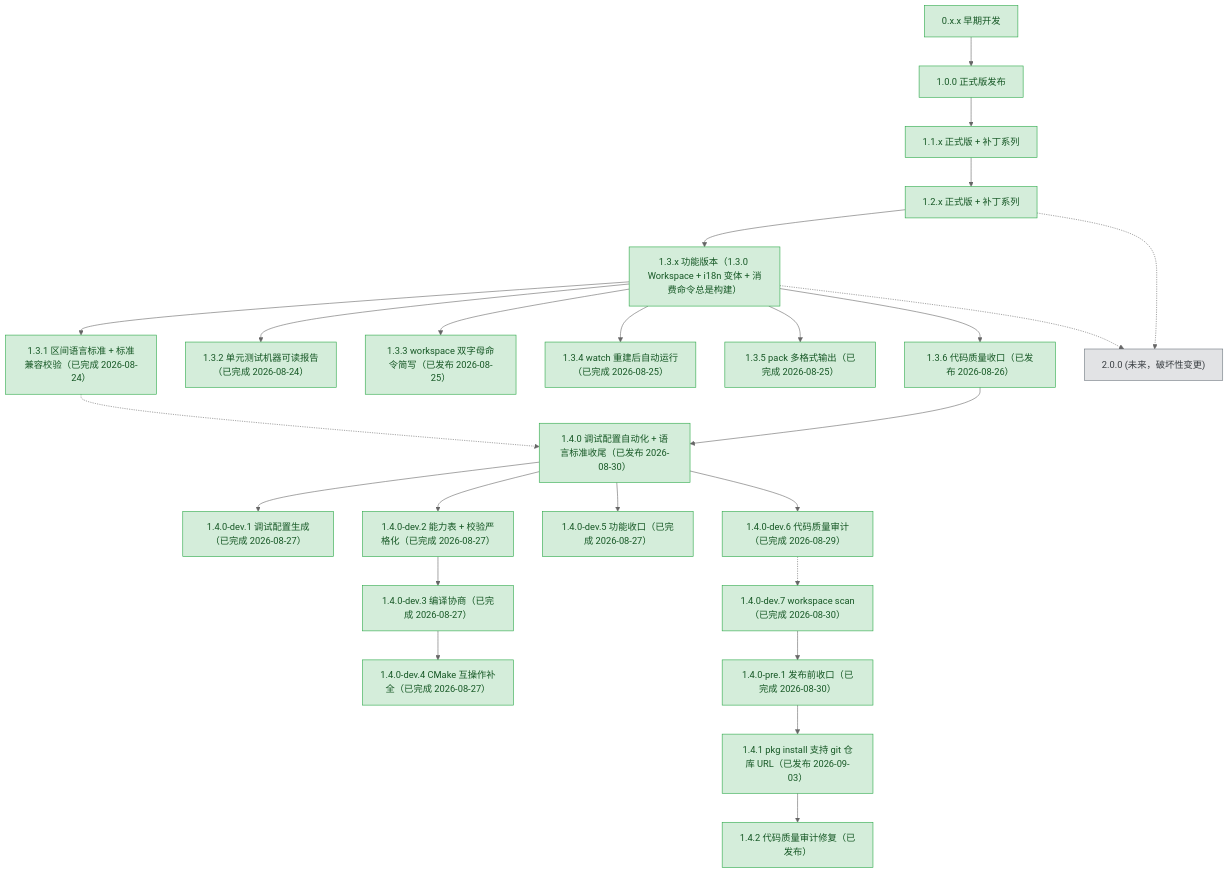
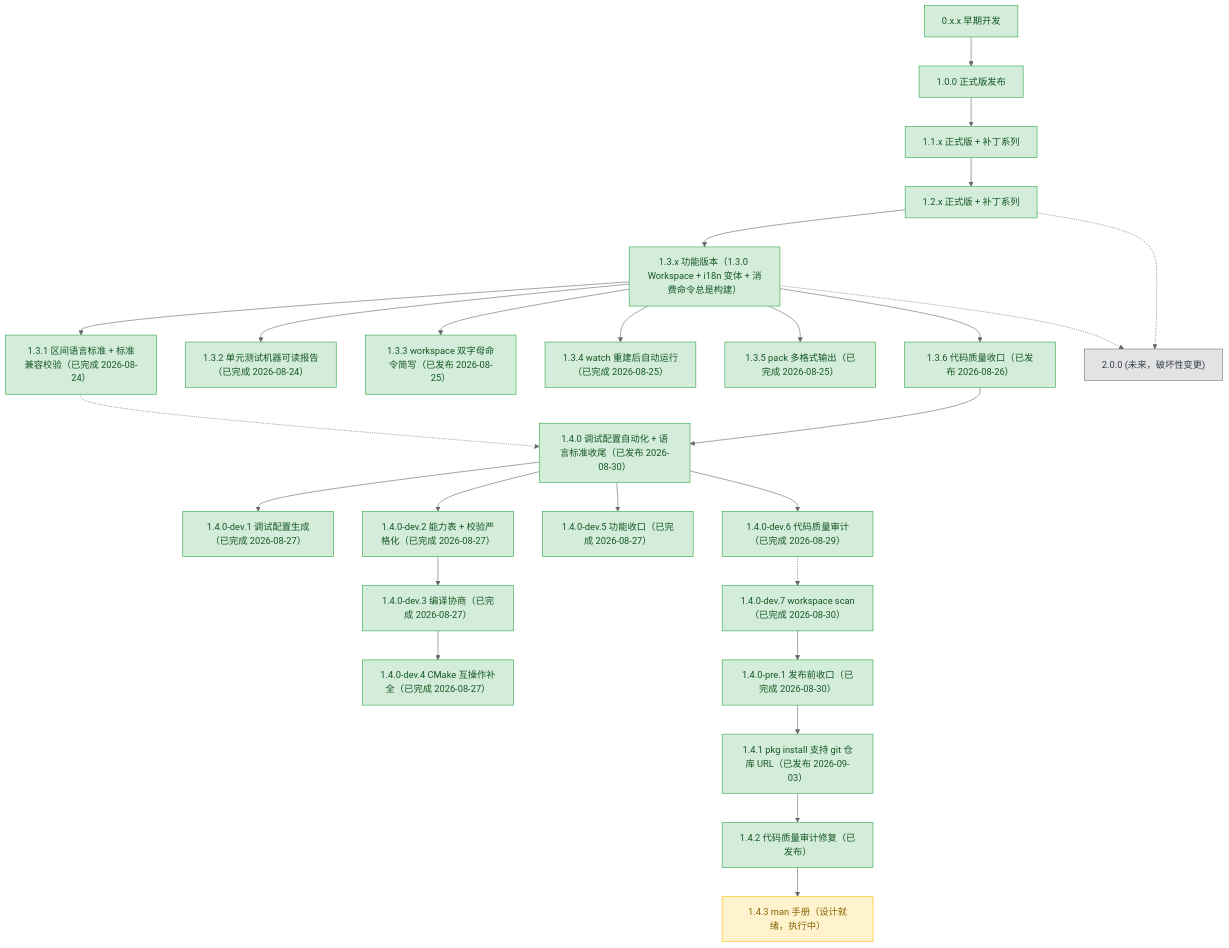
The diagram in plans/README.md (3667808244/EazyMake), drawn with Mermaid (neutral theme) before and after one commit. The commit also changed other lines of this file and 3 other files, not shown here.

````diff
--- a/plans/README.md
+++ b/plans/README.md
@@ -68,78 +70,81 @@
 ```mermaid
 graph TD
     v0xx["0.x.x 早期开发"]
     v100["1.0.0 正式版发布"]
     v11x["1.1.x 正式版 + 补丁系列"]
     v12x["1.2.x 正式版 + 补丁系列"]
     v13x["1.3.x 功能版本（1.3.0 Workspace + i18n 变体 + 消费命令总是构建）"]
     v131["1.3.1 区间语言标准 + 标准兼容校验（已完成 2026-08-24）"]
     v132["1.3.2 单元测试机器可读报告（已完成 2026-08-24）"]
     v133["1.3.3 workspace 双字母命令简写（已发布 2026-08-25）"]
     v134["1.3.4 watch 重建后自动运行（已完成 2026-08-25）"]
     v135["1.3.5 pack 多格式输出（已完成 2026-08-25）"]
     v136["1.3.6 代码质量收口（已发布 2026-08-26）"]
     v140["1.4.0 调试配置自动化 + 语言标准收尾（已发布 2026-08-30）"]
     v141["1.4.0-dev.1 调试配置生成（已完成 2026-08-27）"]
     v142["1.4.0-dev.2 能力表 + 校验严格化（已完成 2026-08-27）"]
     v143["1.4.0-dev.3 编译协商（已完成 2026-08-27）"]
     v144["1.4.0-dev.4 CMake 互操作补全（已完成 2026-08-27）"]
     v145["1.4.0-dev.5 功能收口（已完成 2026-08-27）"]
     v146["1.4.0-dev.6 代码质量审计（已完成 2026-08-29）"]
     v147["1.4.0-dev.7 workspace scan（已完成 2026-08-30）"]
     v148["1.4.0-pre.1 发布前收口（已完成 2026-08-30）"]
     v141p["1.4.1 pkg install 支持 git 仓库 URL（已发布 2026-09-03）"]
     v142p["1.4.2 代码质量审计修复（已发布）"]
+    v143p["1.4.3 man 手册（设计就绪，执行中）"]
     v200["2.0.0 (未来，破坏性变更)"]
 
     v0xx --> v100
     v100 --> v11x
     v11x --> v12x
     v12x --> v13x
     v13x --> v131
     v13x --> v132
     v13x --> v133
     v13x --> v134
     v13x --> v135
     v13x --> v136
     v136 --> v140
     v140 --> v141
     v140 --> v142
     v142 --> v143
     v143 --> v144
     v140 --> v145
     v140 --> v146
     v146 -.-> v147
     v147 --> v148
     v148 --> v141p
     v141p --> v142p
+    v142p --> v143p
     v131 -.-> v140
     v12x -.-> v200
     v13x -.-> v200
 
     classDef done fill:#d4edda,stroke:#28a745,color:#155724;
     classDef active fill:#fff3cd,stroke:#ffc107,color:#856404;
     classDef todo fill:#e2e3e5,stroke:#6c757d,color:#383d41;
 
     class v0xx,v100 done;
     class v11x done;
     class v12x done;
     class v13x done;
     class v131 done;
     class v132 done;
     class v133 done;
     class v134 done;
     class v135 done;
     class v136 done;
     class v140 done;
     class v141 done;
     class v142 done;
     class v143 done;
     class v144 done;
     class v145 done;
     class v146 done;
     class v147 done;
     class v148 done;
     class v141p done;
     class v142p done;
+    class v143p active;
     class v200 todo;
 ```
````
